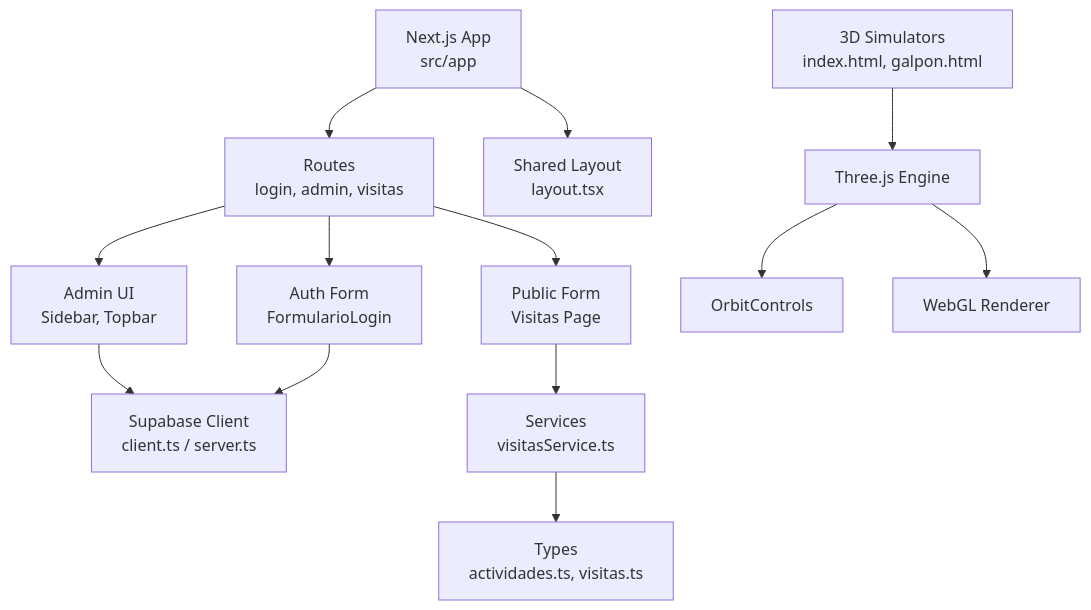
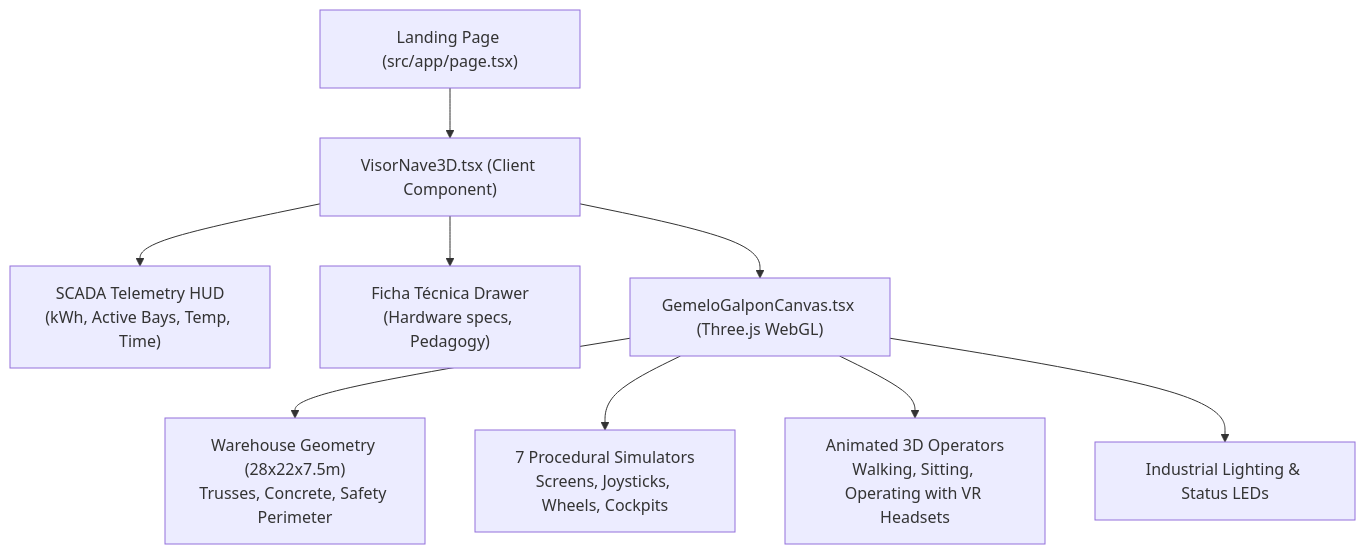
One commit to AgusCatra/simu-twin-web changed the diagram in .qoder/repowiki/en/content/Core Services & Business Logic/3D Cockpit Simulation.md. Above: the diagram before and after it, drawn with Mermaid. The commit also changed other lines of this file and 11 other files, not shown here.

````diff
--- a/.qoder/repowiki/en/content/Core Services & Business Logic/3D Cockpit Simulation.md
+++ b/.qoder/repowiki/en/content/Core Services & Business Logic/3D Cockpit Simulation.md
@@ -58,15 +36,12 @@
 ```mermaid
-graph TB
-A["Next.js App<br/>src/app"] --> B["Routes<br/>login, admin, visitas"]
-A --> C["Shared Layout<br/>layout.tsx"]
-B --> D["Admin UI<br/>Sidebar, Topbar"]
-B --> E["Auth Form<br/>FormularioLogin"]
-B --> F["Public Form<br/>Visitas Page"]
-D --> G["Supabase Client<br/>client.ts / server.ts"]
-E --> G
-F --> H["Services<br/>visitasService.ts"]
-H --> I["Types<br/>actividades.ts, visitas.ts"]
-J["3D Simulators<br/>index.html, galpon.html"] --> K["Three.js Engine"]
-K --> L["OrbitControls"]
-K --> M["WebGL Renderer"]
+graph TD
+    Page["Landing Page (src/app/page.tsx)"] --> Visor["VisorNave3D.tsx (Client Component)"]
+    Visor --> HUD["SCADA Telemetry HUD<br/>(kWh, Active Bays, Temp, Time)"]
+    Visor --> Drawer["Ficha Técnica Drawer<br/>(Hardware specs, Pedagogy)"]
+    Visor --> Canvas["GemeloGalponCanvas.tsx (Three.js WebGL)"]
+    
+    Canvas --> Arch["Warehouse Geometry (28x22x7.5m)<br/>Trusses, Concrete, Safety Perimeter"]
+    Canvas --> SimFleet["7 Procedural Simulators<br/>Screens, Joysticks, Wheels, Cockpits"]
+    Canvas --> Operators["Animated 3D Operators<br/>Walking, Sitting, Operating with VR Headsets"]
+    Canvas --> Lights["Industrial Lighting & Status LEDs"]
 ```
````
